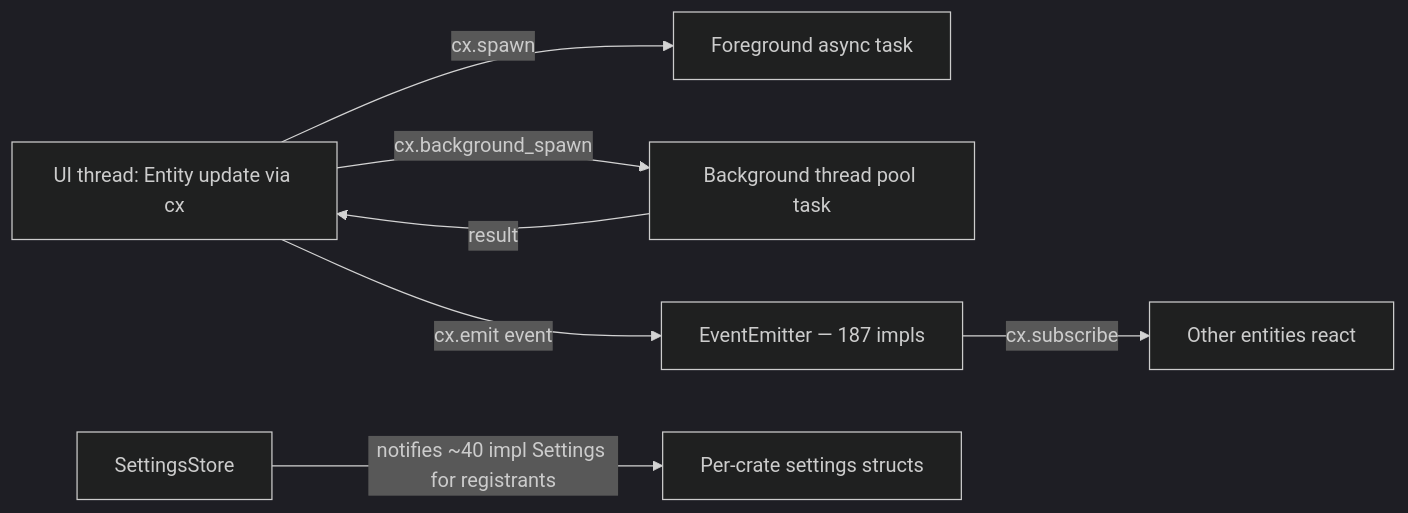
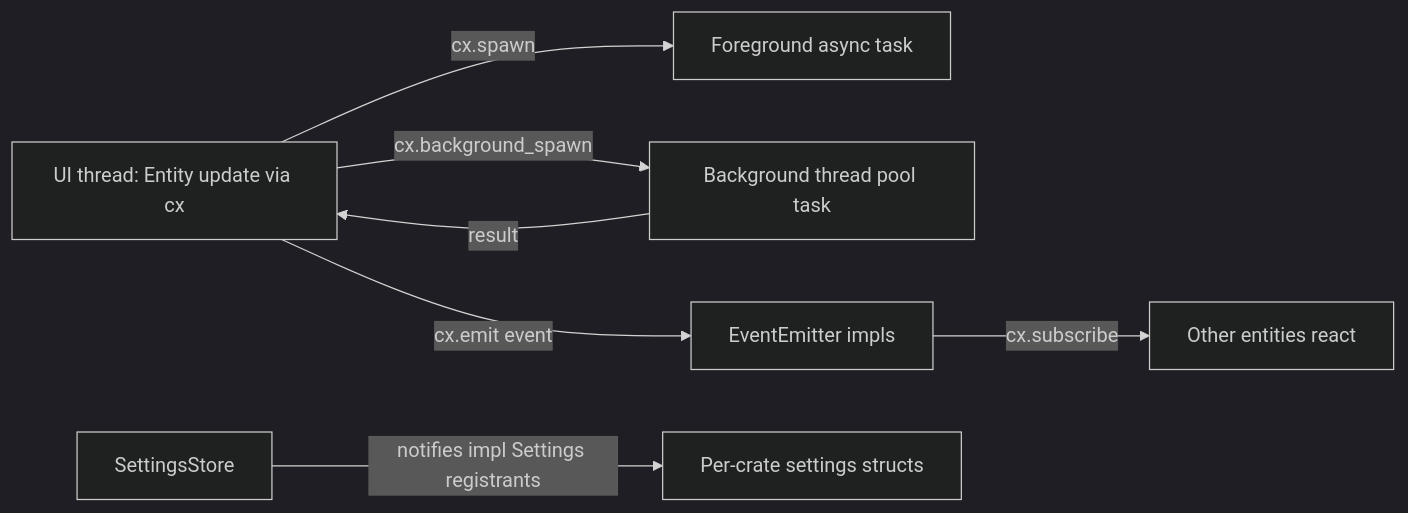
Before and after one commit to tgiap04/zode: the second of 3 diagrams in plans/260726-1400-rebuild-spec/artifacts/architecture.md, drawn with Mermaid (dark theme). The commit also changed other lines of this file and 133 other files, not shown here.

````diff
--- a/plans/260726-1400-rebuild-spec/artifacts/architecture.md
+++ b/plans/260726-1400-rebuild-spec/artifacts/architecture.md
@@ -153,9 +168,9 @@
 ```mermaid
 graph LR
     A[UI thread: Entity update via cx] -->|cx.spawn| B[Foreground async task]
     A -->|cx.background_spawn| C[Background thread pool task]
     C -->|result| A
-    A -->|cx.emit event| D[EventEmitter — 187 impls]
+    A -->|cx.emit event| D[EventEmitter impls]
     D -->|cx.subscribe| E[Other entities react]
-    F[SettingsStore] -->|notifies ~40 impl Settings for registrants| G[Per-crate settings structs]
+    F[SettingsStore] -->|notifies impl Settings registrants| G[Per-crate settings structs]
 ```
````
